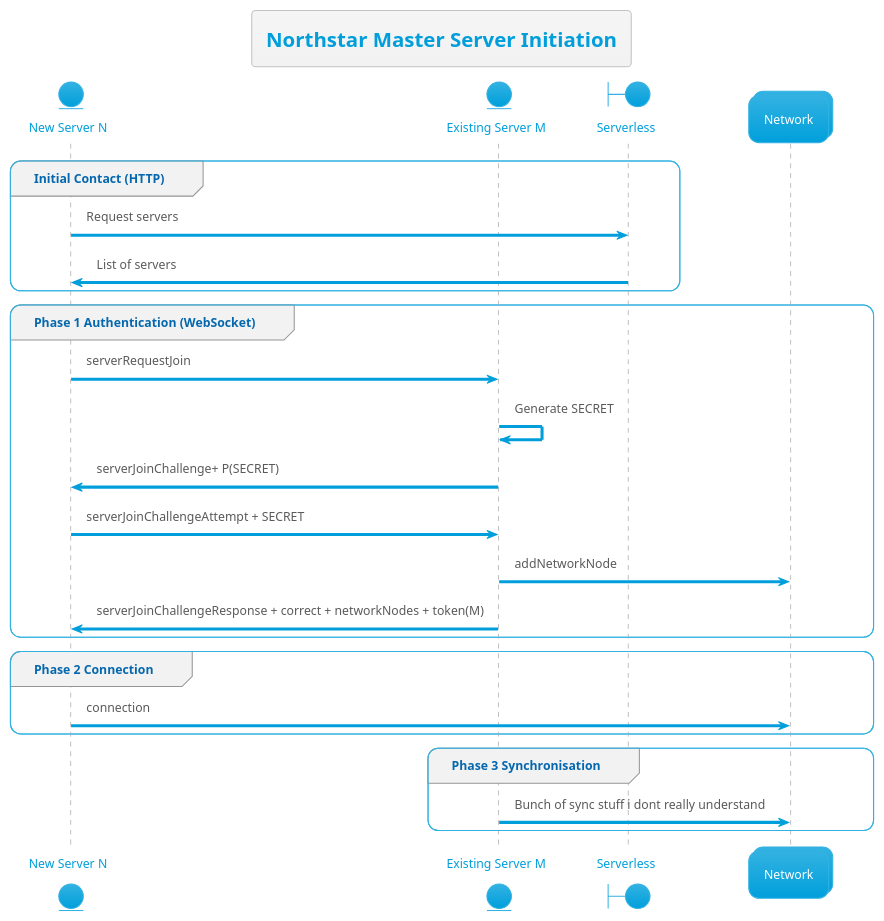
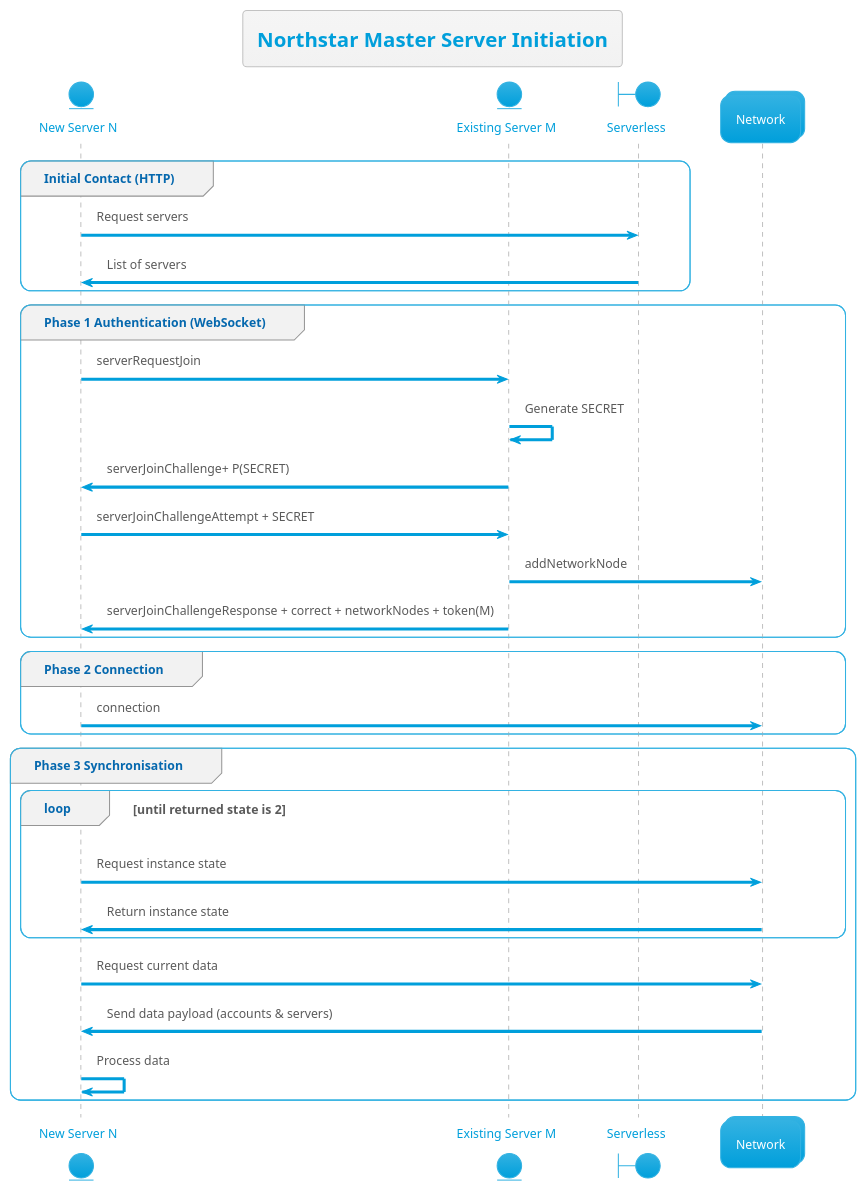
The diagram in initiation.md (R2Northstar/NorthstarMasterServer), drawn with PlantUML before and after one commit.

````diff
--- a/initiation.md
+++ b/initiation.md
@@ -3,33 +3,41 @@
 ```uml
+
+
 @startuml
 title Northstar Master Server Initiation
 
 !theme bluegray
 
 ' Specify the participants left to right:
 entity "New Server N" as Actor
 entity "Existing Server M" as Boundary
 boundary Serverless
 collections Network
 ' Specify the events (in order):
 group Initial Contact (HTTP)
   Actor -> Serverless: Request servers
   Serverless -> Actor: List of servers
 end
 
 group Phase 1 Authentication (WebSocket)
     Actor -> Boundary: serverRequestJoin
     Boundary -> Boundary: Generate SECRET
     Boundary -> Actor: serverJoinChallenge+ P(SECRET)
     Actor -> Boundary: serverJoinChallengeAttempt + SECRET
     Boundary -> Network: addNetworkNode
     Boundary -> Actor: serverJoinChallengeResponse + correct + networkNodes + token(M)
 end
 group Phase 2 Connection
   Actor -> Network: connection
 end
 group Phase 3 Synchronisation
-  Boundary -> Network: Bunch of sync stuff i dont really understand
+  loop until returned state is 2
+    Actor -> Network: Request instance state
+    Network -> Actor: Return instance state
+    end
+    Actor -> Network: Request current data
+    Network -> Actor: Send data payload (accounts & servers)
+    Actor -> Actor: Process data
 end 
 @enduml
 ```
````
